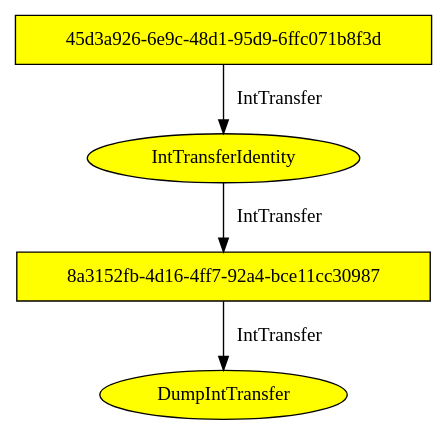
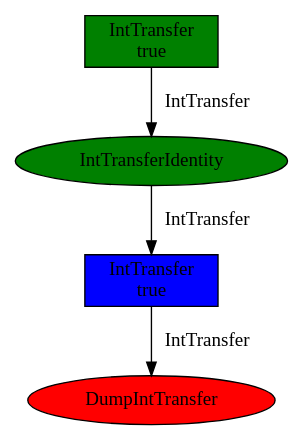
The diagram in dataflow-manager/data-flow-manager/examples/src/main/resources/SimpleFlow.dot (sebastiencaille/sky-lib), drawn with Graphviz before and after one commit. The commit also changed 8 other files, not shown here.

Commit message:
Added flow comparison in Dot writer, use JOpt to parse the command line options

```diff
--- a/dataflow-manager/data-flow-manager/examples/src/main/resources/SimpleFlow.dot
+++ b/dataflow-manager/data-flow-manager/examples/src/main/resources/SimpleFlow.dot
@@ -1,9 +1,9 @@
 digraph "SimpleFlow" {
-	"45d3a926-6e9c-48d1-95d9-6ffc071b8f3d" [ label="45d3a926-6e9c-48d1-95d9-6ffc071b8f3d", shape="box" , fillcolor=yellow, style=filled ];
-	"8a3152fb-4d16-4ff7-92a4-bce11cc30987" [ label="8a3152fb-4d16-4ff7-92a4-bce11cc30987", shape="box" , fillcolor=yellow, style=filled ];
-	"252663c7-305a-4867-ba24-855656d1e2f9" [ label="IntTransferIdentity", shape="ellipse" , fillcolor=yellow, style=filled ];
-	"6c072b83-e71f-4307-8a0d-86724e014bd6" [ label="DumpIntTransfer", shape="ellipse" , fillcolor=yellow, style=filled ];
+	"45d3a926-6e9c-48d1-95d9-6ffc071b8f3d" [ label="IntTransfer\ntrue", shape="box" , fillcolor=green, style=filled ];
+	"8a3152fb-4d16-4ff7-92a4-bce11cc30987" [ label="IntTransfer\ntrue", shape="box" , fillcolor=blue, style=filled ];
+	"252663c7-305a-4867-ba24-855656d1e2f9" [ label="IntTransferIdentity", shape="ellipse" , fillcolor=green, style=filled ];
+	"6c072b83-e71f-4307-8a0d-86724e014bd6" [ label="DumpIntTransfer", shape="ellipse" , fillcolor=red, style=filled ];
 	"45d3a926-6e9c-48d1-95d9-6ffc071b8f3d" -> "252663c7-305a-4867-ba24-855656d1e2f9" [ label="IntTransfer" ];
 	"252663c7-305a-4867-ba24-855656d1e2f9" -> "8a3152fb-4d16-4ff7-92a4-bce11cc30987" [ label="IntTransfer" ];
 	"8a3152fb-4d16-4ff7-92a4-bce11cc30987" -> "6c072b83-e71f-4307-8a0d-86724e014bd6" [ label="IntTransfer" ];
 }
```
